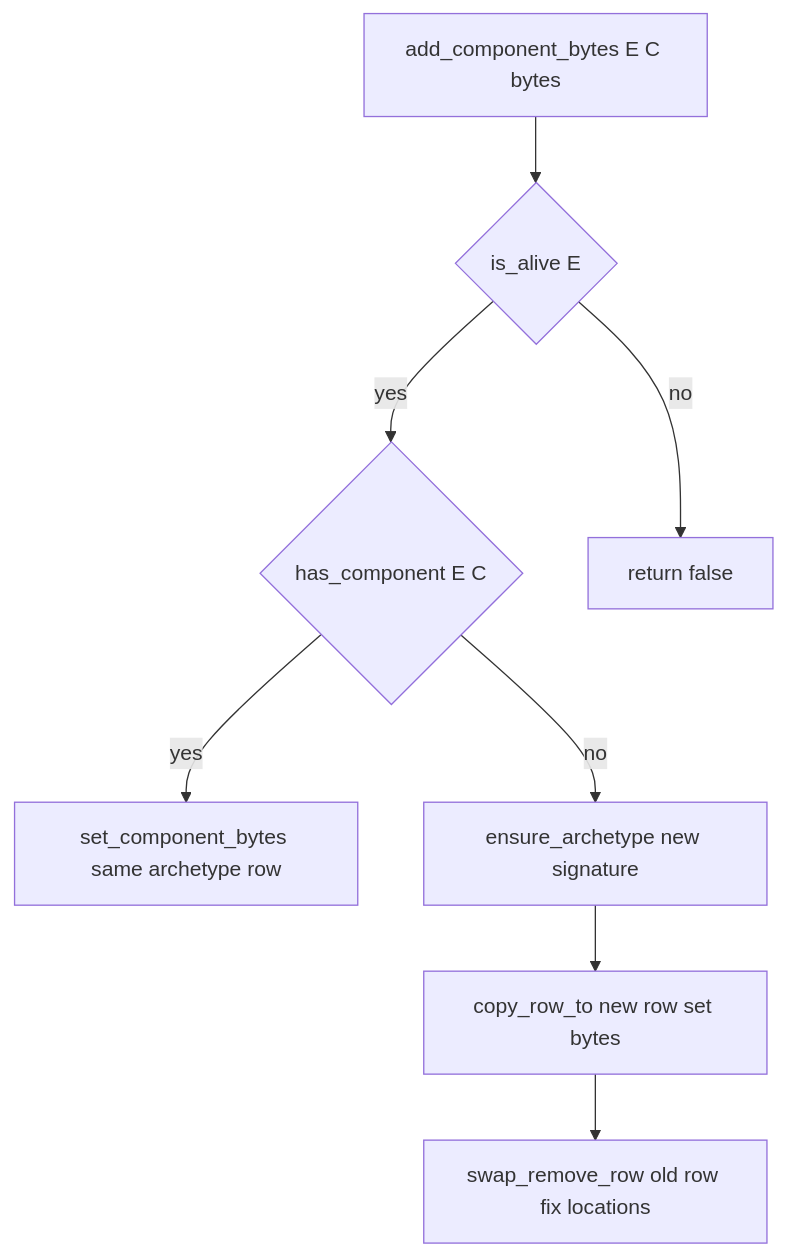
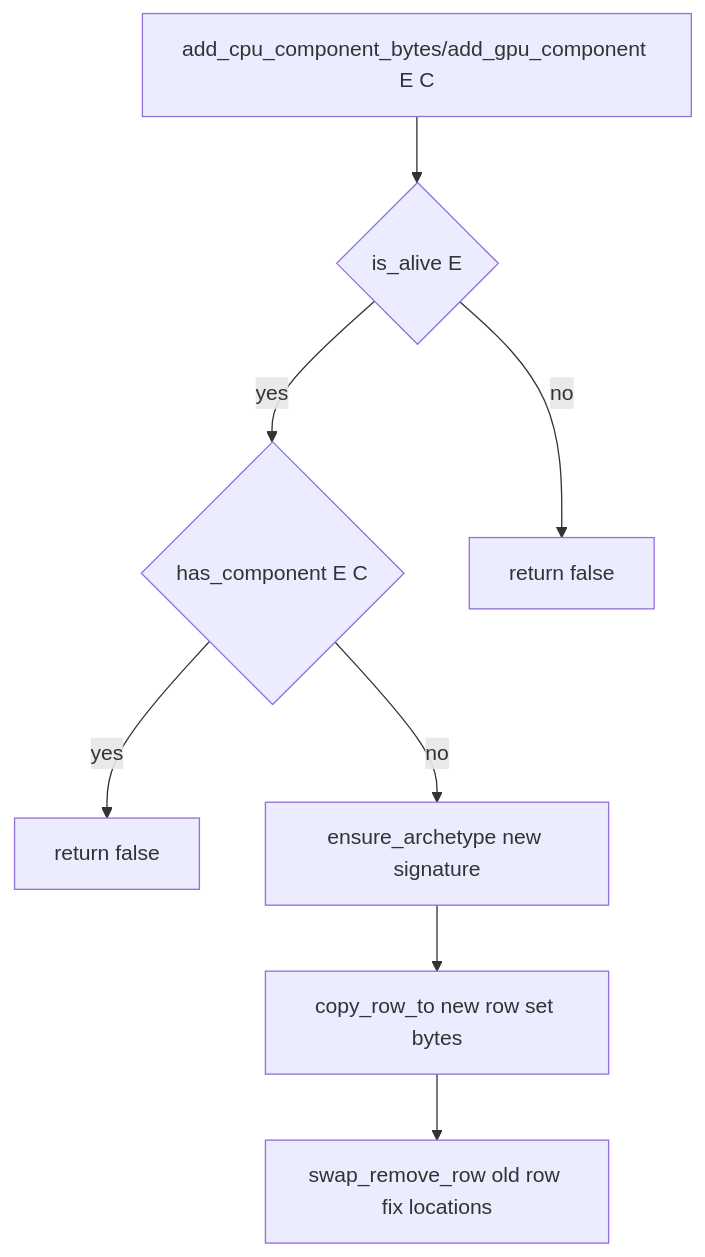
Before and after one commit to emadurandal/RhodoniteMBT: the fifth of 6 diagrams in docs/ecs.md, drawn with Mermaid. The commit also changed other lines of this file and 12 other files, not shown here.

````diff
--- a/docs/ecs.md
+++ b/docs/ecs.md
@@ -133,17 +133,17 @@
 ```mermaid
 flowchart TD
-  start[add_component_bytes E C bytes]
+  start[add_cpu_component_bytes/add_gpu_component E C]
   alive{is_alive E}
   has{has_component E C}
-  same[set_component_bytes same archetype row]
+  same[return false]
   migrate[ensure_archetype new signature]
   copy[copy_row_to new row set bytes]
   swap[swap_remove_row old row fix locations]
   start --> alive
   alive -->|no| fail[return false]
   alive -->|yes| has
   has -->|yes| same
   has -->|no| migrate
   migrate --> copy
   copy --> swap
 ```
````
